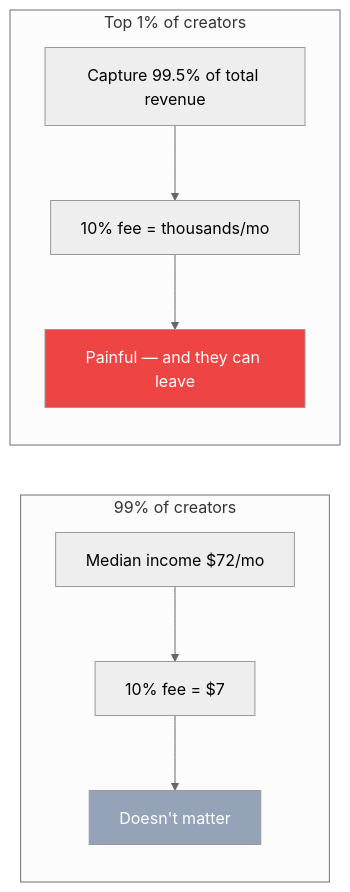
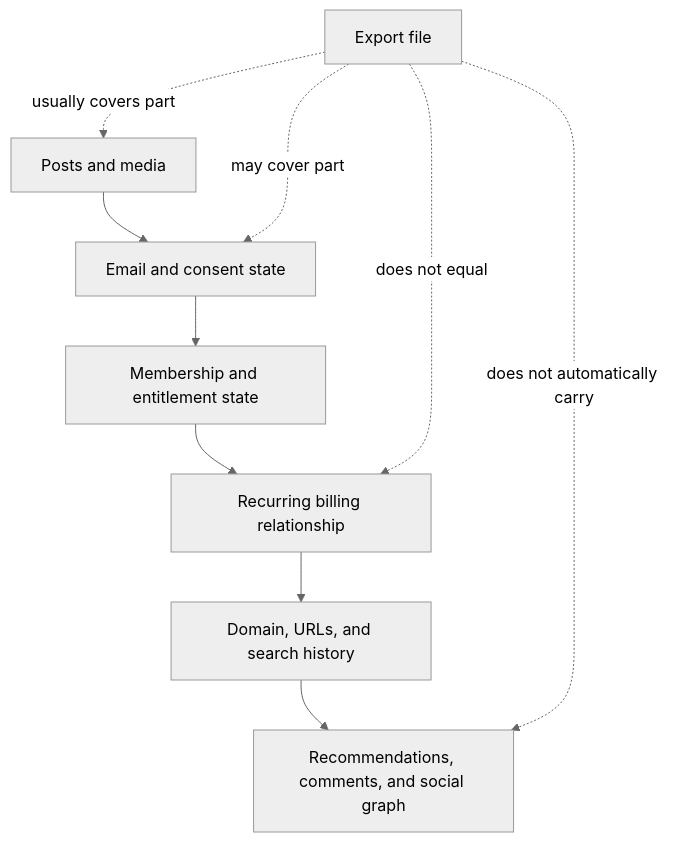
Before and after one commit to vincentxuu/quidproquo: the second of 3 diagrams in src/content/posts/product/2026-09-16-ugc-platform-creator-economy-en.md, drawn with Mermaid (neutral theme). The commit also changed other lines of this file and 108 other files, not shown here.

````diff
--- a/src/content/posts/product/2026-09-16-ugc-platform-creator-economy-en.md
+++ b/src/content/posts/product/2026-09-16-ugc-platform-creator-economy-en.md
@@ -176,13 +65,12 @@
 ```mermaid
-graph LR
-    subgraph 99% of creators
-        A[Median income $72/mo] --> B[10% fee = $7]
-        B --> C[Doesn't matter]
-    end
-    subgraph Top 1% of creators
-        D[Capture 99.5% of total revenue] --> E[10% fee = thousands/mo]
-        E --> F[Painful — and they can leave]
-    end
-    style C fill:#94a3b8,color:#fff
-    style F fill:#ef4444,color:#fff
+flowchart TB
+    A[Posts and media] --> B[Email and consent state]
+    B --> C[Membership and entitlement state]
+    C --> D[Recurring billing relationship]
+    D --> E[Domain, URLs, and search history]
+    E --> F[Recommendations, comments, and social graph]
+    G[Export file] -.usually covers part.-> A
+    G -.may cover part.-> B
+    G -.does not equal.-> D
+    G -.does not automatically carry.-> F
 ```
````
